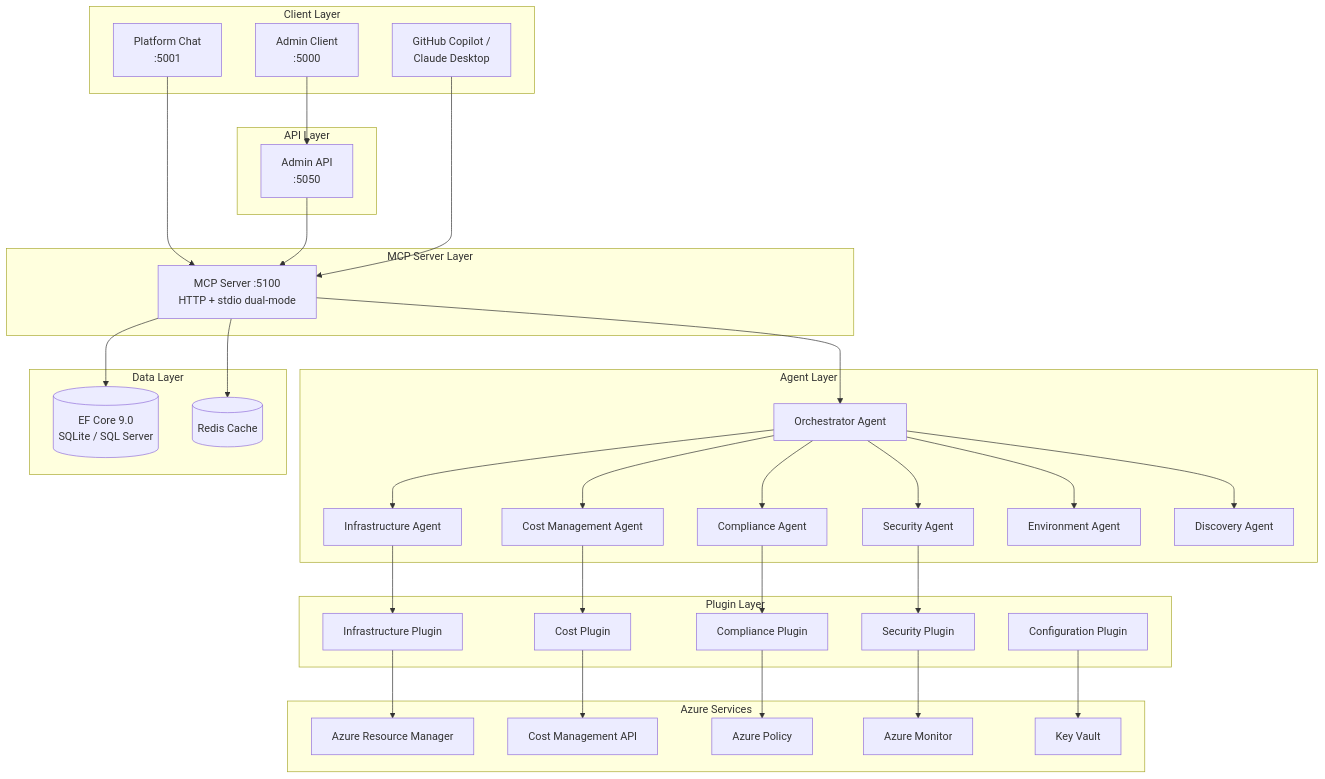
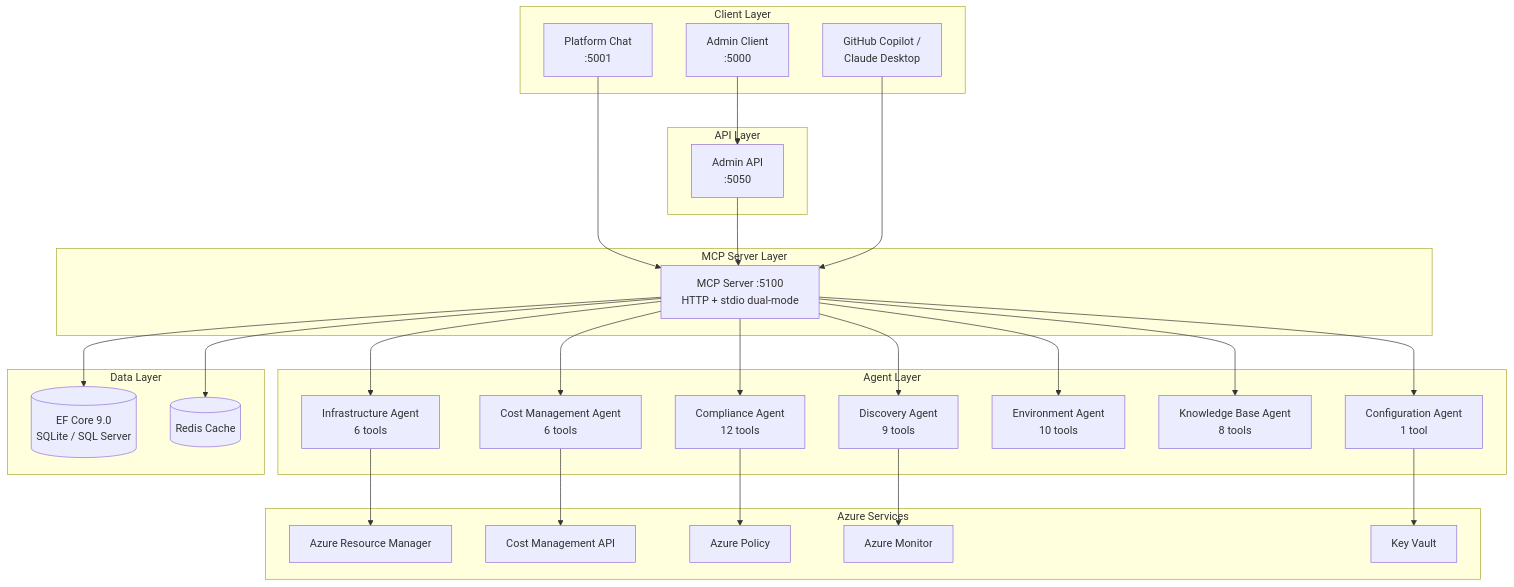
Before and after one commit to POps-Rox/platform-engineering-copilot: the diagram in docs/DEVELOPMENT.md, drawn with Mermaid. The commit also changed other lines of this file and 23 other files, not shown here.

First line of the commit message:
docs: update documentation, config, MCP, tests, and GitHub agents

````diff
--- a/docs/DEVELOPMENT.md
+++ b/docs/DEVELOPMENT.md
@@ -26,74 +26,61 @@
 ```mermaid
 graph TB
   subgraph "Client Layer"
     ChatUI[Platform Chat<br/>:5001]
     AdminUI[Admin Client<br/>:5000]
     MCPClients[GitHub Copilot /<br/>Claude Desktop]
   end
 
   subgraph "API Layer"
     AdminAPI[Admin API<br/>:5050]
   end
 
   subgraph "MCP Server Layer"
     MCP[MCP Server :5100<br/>HTTP + stdio dual-mode]
   end
 
   subgraph "Agent Layer"
-    Orchestrator[Orchestrator Agent]
-    Infra[Infrastructure Agent]
-    Compliance[Compliance Agent]
-    Cost[Cost Management Agent]
-    Security[Security Agent]
-    Environment[Environment Agent]
-    Discovery[Discovery Agent]
-  end
-
-  subgraph "Plugin Layer"
-    InfraPlugin[Infrastructure Plugin]
-    CompliancePlugin[Compliance Plugin]
-    CostPlugin[Cost Plugin]
-    SecurityPlugin[Security Plugin]
-    ConfigPlugin[Configuration Plugin]
+    Infra[Infrastructure Agent<br/>6 tools]
+    Compliance[Compliance Agent<br/>12 tools]
+    Cost[Cost Management Agent<br/>6 tools]
+    Discovery[Discovery Agent<br/>9 tools]
+    Environment[Environment Agent<br/>10 tools]
+    KnowledgeBase[Knowledge Base Agent<br/>8 tools]
+    Configuration[Configuration Agent<br/>1 tool]
   end
 
   subgraph "Data Layer"
     EFCore[(EF Core 9.0<br/>SQLite / SQL Server)]
     Redis[(Redis Cache)]
   end
 
   subgraph "Azure Services"
     ARM[Azure Resource Manager]
     CostMgmt[Cost Management API]
     Policy[Azure Policy]
     Monitor[Azure Monitor]
     KeyVault[Key Vault]
   end
 
   ChatUI --> MCP
   AdminUI --> AdminAPI
   AdminAPI --> MCP
   MCPClients --> MCP
 
-  MCP --> Orchestrator
-  Orchestrator --> Infra
-  Orchestrator --> Compliance
-  Orchestrator --> Cost
-  Orchestrator --> Security
-  Orchestrator --> Environment
-  Orchestrator --> Discovery
+  MCP --> Infra
+  MCP --> Compliance
+  MCP --> Cost
+  MCP --> Discovery
+  MCP --> Environment
+  MCP --> KnowledgeBase
+  MCP --> Configuration
 
-  Infra --> InfraPlugin
-  Compliance --> CompliancePlugin
-  Cost --> CostPlugin
-  Security --> SecurityPlugin
-
-  InfraPlugin --> ARM
-  CostPlugin --> CostMgmt
-  CompliancePlugin --> Policy
-  SecurityPlugin --> Monitor
-  ConfigPlugin --> KeyVault
+  Infra --> ARM
+  Cost --> CostMgmt
+  Compliance --> Policy
+  Discovery --> Monitor
+  Configuration --> KeyVault
 
   MCP --> EFCore
   MCP --> Redis
 ```
````
